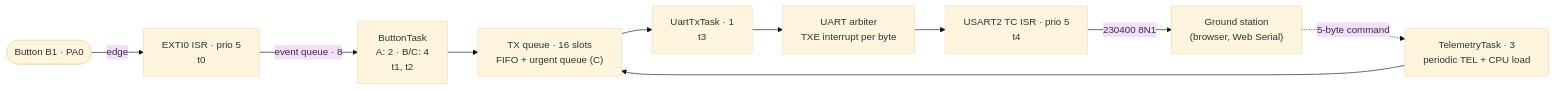
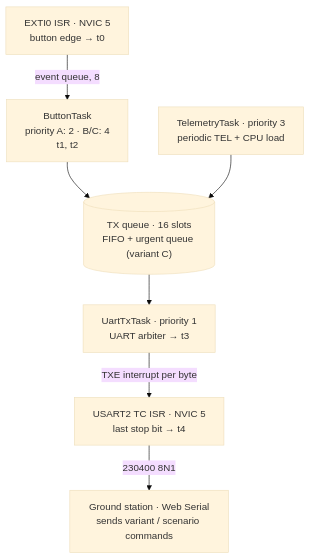
Before and after one commit to ardagmrkc/presstrace-sched: the diagram in README.md, drawn with Mermaid (base theme). The commit also changed other lines of this file and 4 other files, not shown here.

````diff
--- a/README.md
+++ b/README.md
@@ -102,12 +133,17 @@
 ```mermaid
-flowchart LR
-    B1([Button B1 · PA0]) -->|edge| EXTI["EXTI0 ISR · prio 5<br/>t0"]
-    EXTI -->|event queue · 8| BT["ButtonTask<br/>A: 2 · B/C: 4<br/>t1, t2"]
-    TT["TelemetryTask · 3<br/>periodic TEL + CPU load"] --> Q
-    BT --> Q["TX queue · 16 slots<br/>FIFO + urgent queue (C)"]
-    Q --> UT["UartTxTask · 1<br/>t3"]
-    UT --> ARB["UART arbiter<br/>TXE interrupt per byte"]
-    ARB --> TC["USART2 TC ISR · prio 5<br/>t4"]
-    TC -->|230400 8N1| GS["Ground station<br/>(browser, Web Serial)"]
-    GS -.->|5-byte command| TT
+flowchart TB
+    EXTI["EXTI0 ISR · NVIC 5<br/>button edge → t0"]
+    BT["ButtonTask<br/>priority A: 2 · B/C: 4<br/>t1, t2"]
+    TT["TelemetryTask · priority 3<br/>periodic TEL + CPU load"]
+    Q[("TX queue · 16 slots<br/>FIFO + urgent queue (variant C)")]
+    UT["UartTxTask · priority 1<br/>UART arbiter → t3"]
+    TC["USART2 TC ISR · NVIC 5<br/>last stop bit → t4"]
+    GS["Ground station · Web Serial<br/>sends variant / scenario commands"]
+
+    EXTI -->|event queue, 8| BT
+    BT --> Q
+    TT --> Q
+    Q --> UT
+    UT -->|TXE interrupt per byte| TC
+    TC -->|230400 8N1| GS
 ```
````
